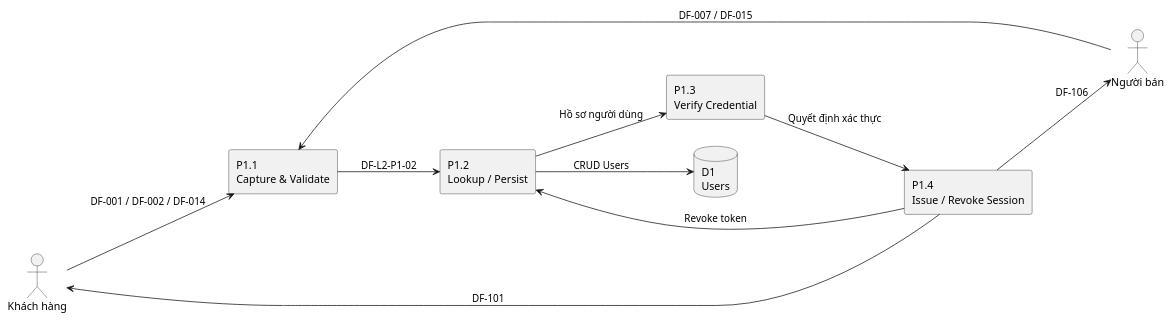
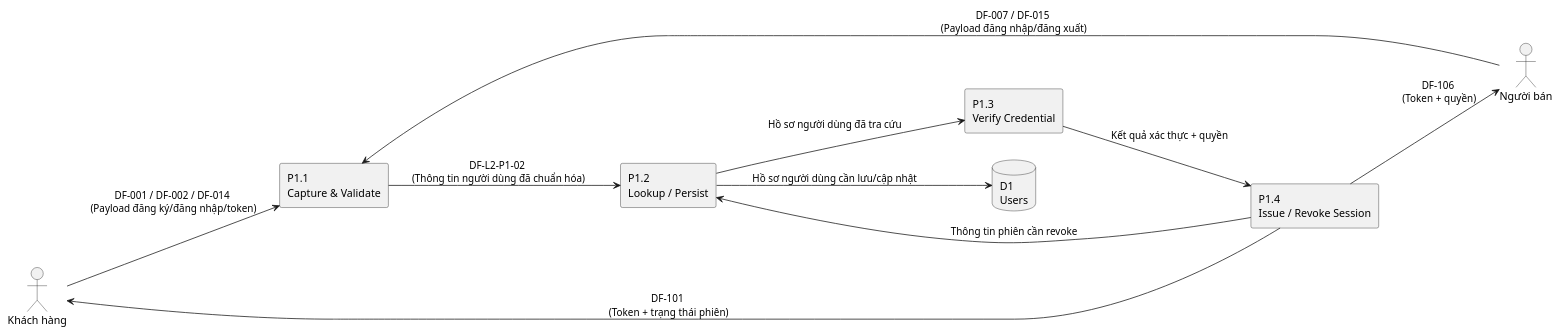
The diagram in Diagrams/software_dfd_level2_p1_auth.puml (KhoaNguyen01004/QuanLyBanHang), drawn with PlantUML before and after one commit. The commit also changed 9 other files, not shown here.

```diff
--- a/Diagrams/software_dfd_level2_p1_auth.puml
+++ b/Diagrams/software_dfd_level2_p1_auth.puml
@@ -1,24 +1,24 @@
 @startuml DFD_Level2_P1_Auth
 hide stereotype
 left to right direction
 
 actor "Khách hàng" as Customer
 actor "Người bán" as Merchant
 
 rectangle "P1.1\nCapture & Validate" as P11
 rectangle "P1.2\nLookup / Persist" as P12
 rectangle "P1.3\nVerify Credential" as P13
 rectangle "P1.4\nIssue / Revoke Session" as P14
 
 database "D1\nUsers" as D1
 
-Customer --> P11 : DF-001 / DF-002 / DF-014
-Merchant --> P11 : DF-007 / DF-015
-P11 --> P12 : DF-L2-P1-02
-P12 --> D1 : CRUD Users
-P12 --> P13 : Hồ sơ người dùng
-P13 --> P14 : Quyết định xác thực
-P14 --> Customer : DF-101
-P14 --> Merchant : DF-106
-P14 --> P12 : Revoke token
+Customer --> P11 : DF-001 / DF-002 / DF-014 \n(Payload đăng ký/đăng nhập/token)
+Merchant --> P11 : DF-007 / DF-015 \n(Payload đăng nhập/đăng xuất)
+P11 --> P12 : DF-L2-P1-02 \n(Thông tin người dùng đã chuẩn hóa)
+P12 --> D1 : Hồ sơ người dùng cần lưu/cập nhật
+P12 --> P13 : Hồ sơ người dùng đã tra cứu
+P13 --> P14 : Kết quả xác thực + quyền
+P14 --> Customer : DF-101 \n(Token + trạng thái phiên)
+P14 --> Merchant : DF-106 \n(Token + quyền)
+P14 --> P12 : Thông tin phiên cần revoke
 @enduml
```
